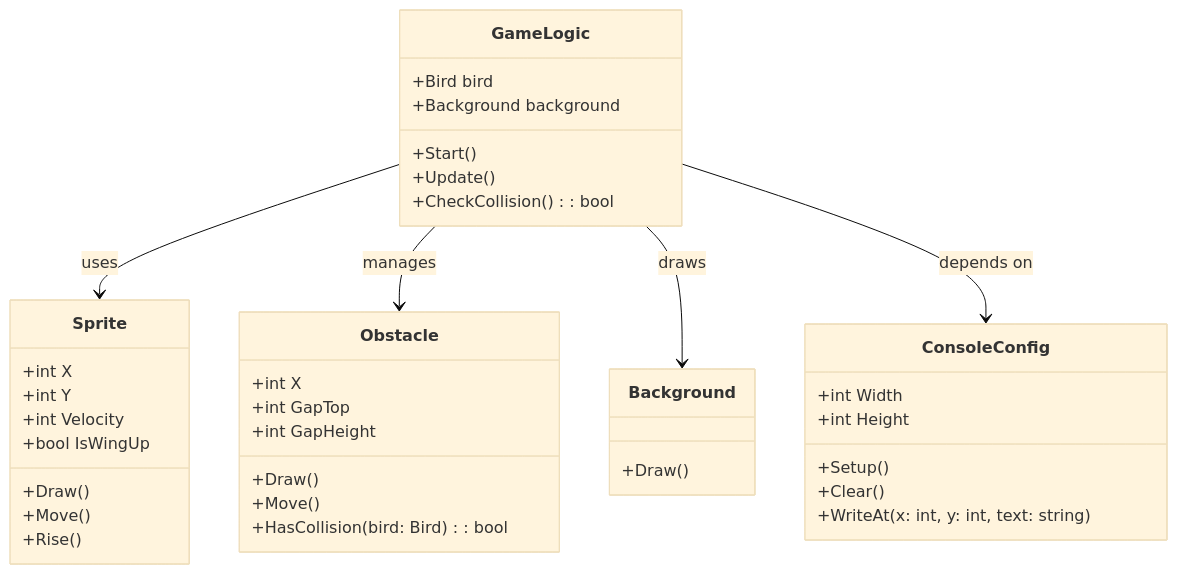
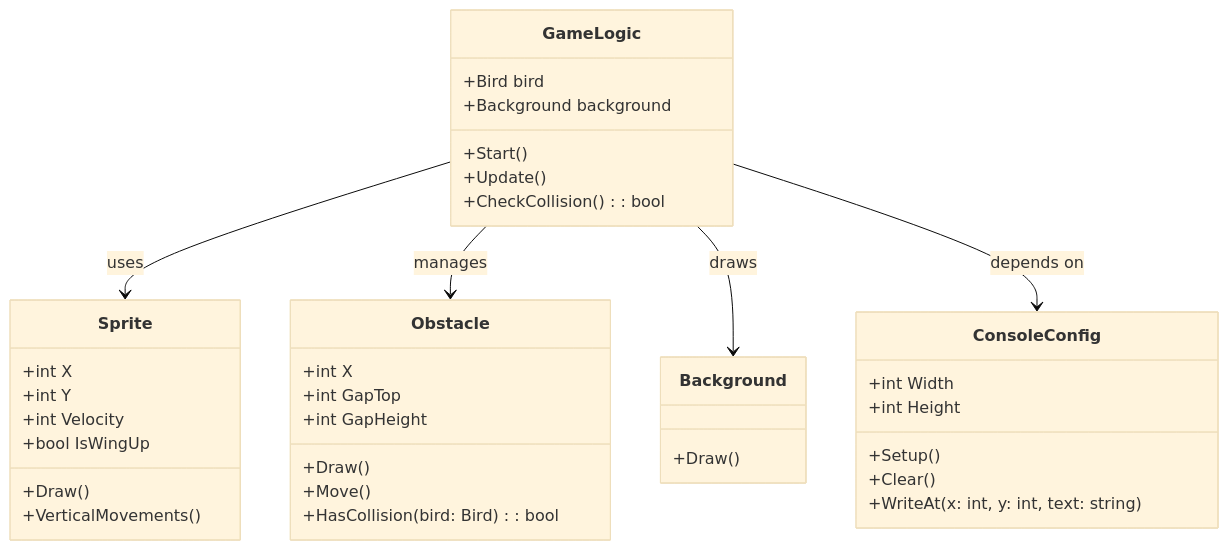
The diagram in dokumentasjon/klasse-diagram.md (NexusWeave/MVP-FlappyBird-cs), drawn with Mermaid (base theme) before and after one commit.

Commit message:
Fjernet `Rise()` og forandret navnet `Move` tile `VerticalMovement` for å ha et klarere navn

````diff
--- a/dokumentasjon/klasse-diagram.md
+++ b/dokumentasjon/klasse-diagram.md
@@ -3,49 +3,48 @@
 ```mermaid
 classDiagram
 
 direction TB
 
     class Sprite {
 	    +int X
 	    +int Y
 	    +int Velocity
 	    +bool IsWingUp
 	    +Draw()
-	    +Move()
-	    +Rise()
+	    +VerticalMovements()
     }
 
     class Obstacle {
 	    +int X
 	    +int GapTop
 	    +int GapHeight
 	    +Draw()
 	    +Move()
 	    +HasCollision(bird: Bird) : bool
     }
 
     class Background {
 	    +Draw()
     }
 
     class GameLogic {
 	    +Bird bird
 	    +Background background
 	    +Start()
 	    +Update()
 	    +CheckCollision() : bool
     }
 
     class ConsoleConfig {
 	    +int Width
 	    +int Height
 	    +Setup()
 	    +Clear()
 	    +WriteAt(x: int, y: int, text: string)
     }
 
     GameLogic --> Sprite : uses
     GameLogic --> Obstacle : manages
     GameLogic --> Background : draws
     GameLogic --> ConsoleConfig : depends on
 ```
````
